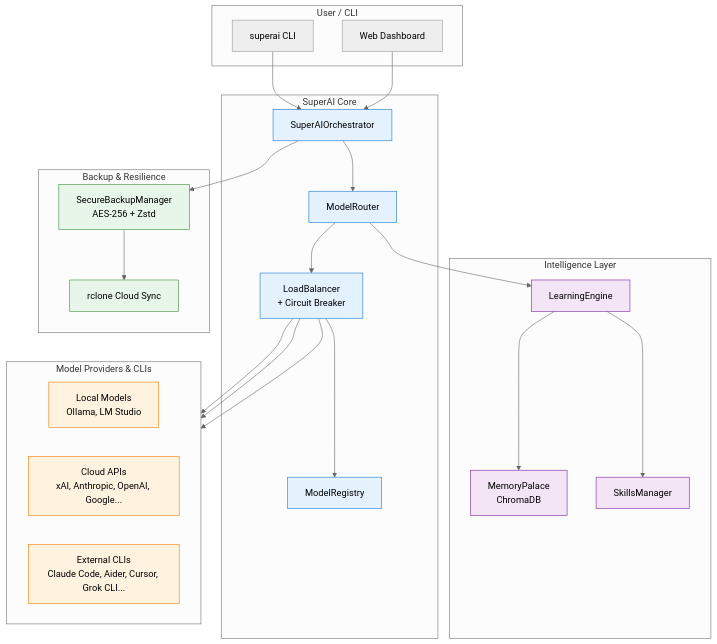
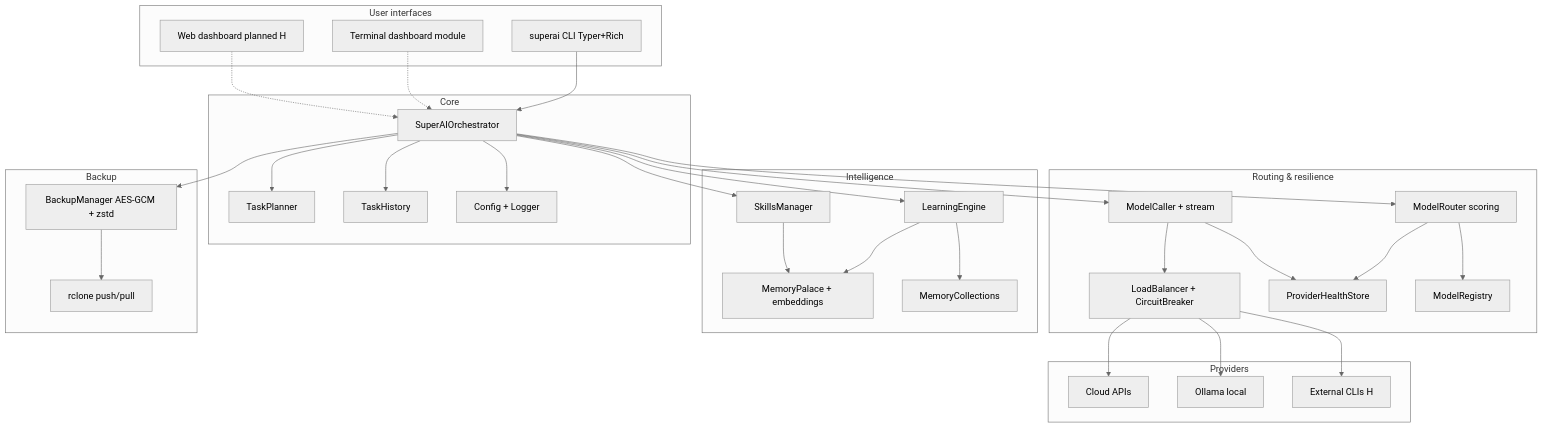
The diagram in docs/architecture.md (realburhanhusain/SuperAI), drawn with Mermaid (neutral theme) before and after one commit. The commit also changed other lines of this file and 17 other files, not shown here.

````diff
--- a/docs/architecture.md
+++ b/docs/architecture.md
@@ -3,60 +3,64 @@
 ```mermaid
 flowchart TB
-    subgraph User["User / CLI"]
-        CLI[superai CLI]
-        Web[Web Dashboard]
+    subgraph User["User interfaces"]
+        CLI[superai CLI Typer+Rich]
+        Dash[Terminal dashboard module]
+        Web[Web dashboard planned H]
     end
 
-    subgraph Core["SuperAI Core"]
-        Orchestrator[SuperAIOrchestrator]
-        Router[ModelRouter]
-        LoadBalancer[LoadBalancer<br/>+ Circuit Breaker]
-        Registry[ModelRegistry]
+    subgraph Core["Core"]
+        Orch[SuperAIOrchestrator]
+        Plan[TaskPlanner]
+        Hist[TaskHistory]
+        Cfg[Config + Logger]
     end
 
-    subgraph Intelligence["Intelligence Layer"]
-        Learning[LearningEngine]
-        Memory[MemoryPalace<br/>ChromaDB]
+    subgraph Routing["Routing & resilience"]
+        Router[ModelRouter scoring]
+        LB[LoadBalancer + CircuitBreaker]
+        Health[ProviderHealthStore]
+        Reg[ModelRegistry]
+        Caller[ModelCaller + stream]
+    end
+
+    subgraph Intel["Intelligence"]
+        Learn[LearningEngine]
+        Mem[MemoryPalace + embeddings]
+        Coll[MemoryCollections]
         Skills[SkillsManager]
     end
 
-    subgraph Backup["Backup & Resilience"]
-        SecureBackup[SecureBackupManager<br/>AES-256 + Zstd]
-        Rclone[rclone Cloud Sync]
+    subgraph Backup["Backup"]
+        BM[BackupManager AES-GCM + zstd]
+        Rclone[rclone push/pull]
     end
 
-    subgraph Providers["Model Providers & CLIs"]
-        direction LR
-        Local[Local Models<br/>Ollama, LM Studio]
-        Cloud[Cloud APIs<br/>xAI, Anthropic, OpenAI, Google...]
-        External[External CLIs<br/>Claude Code, Aider, Cursor, Grok CLI...]
+    subgraph Providers["Providers"]
+        APIs[Cloud APIs]
+        Ollama[Ollama local]
+        ExtCLI[External CLIs H]
     end
 
-    CLI --> Orchestrator
-    Web --> Orchestrator
-
-    Orchestrator --> Router
-    Router --> LoadBalancer
-    LoadBalancer --> Registry
-
-    Router --> Learning
-    Learning --> Memory
-    Learning --> Skills
-
-    Orchestrator --> SecureBackup
-    SecureBackup --> Rclone
-
-    LoadBalancer --> Local
-    LoadBalancer --> Cloud
-    LoadBalancer --> External
-
-    classDef core fill:#e3f2fd,stroke:#1976d2
-    classDef intel fill:#f3e5f5,stroke:#7b1fa2
-    classDef backup fill:#e8f5e9,stroke:#388e3c
-    classDef provider fill:#fff3e0,stroke:#f57c00
-
-    class Orchestrator,Router,LoadBalancer,Registry core
-    class Learning,Memory,Skills intel
-    class SecureBackup,Rclone backup
-    class Local,Cloud,External provider
+    CLI --> Orch
+    Dash -.-> Orch
+    Web -.-> Orch
+    Orch --> Plan
+    Orch --> Hist
+    Orch --> Cfg
+    Orch --> Router
+    Orch --> Caller
+    Orch --> Learn
+    Orch --> Skills
+    Router --> Reg
+    Router --> Health
+    Caller --> LB
+    Caller --> Health
+    LB --> APIs
+    LB --> Ollama
+    LB --> ExtCLI
+    Learn --> Mem
+    Learn --> Coll
+    Skills --> Mem
+    Orch --> BM
+    BM --> Rclone
 ```
````
